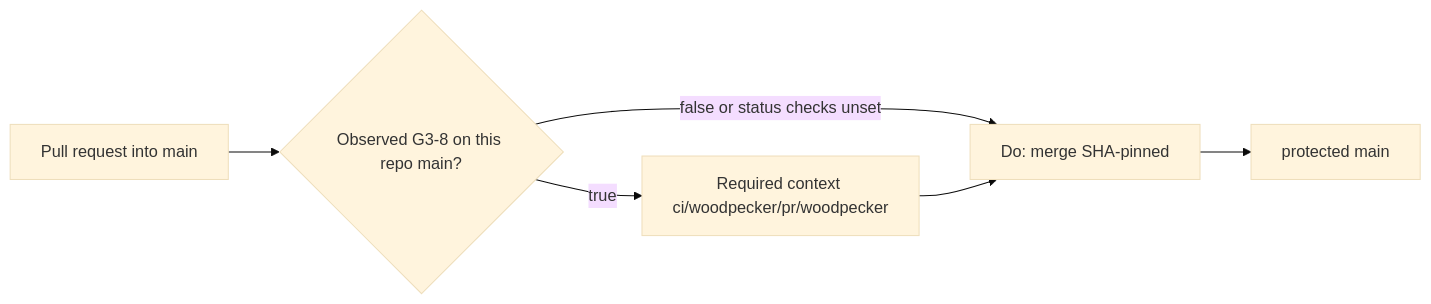
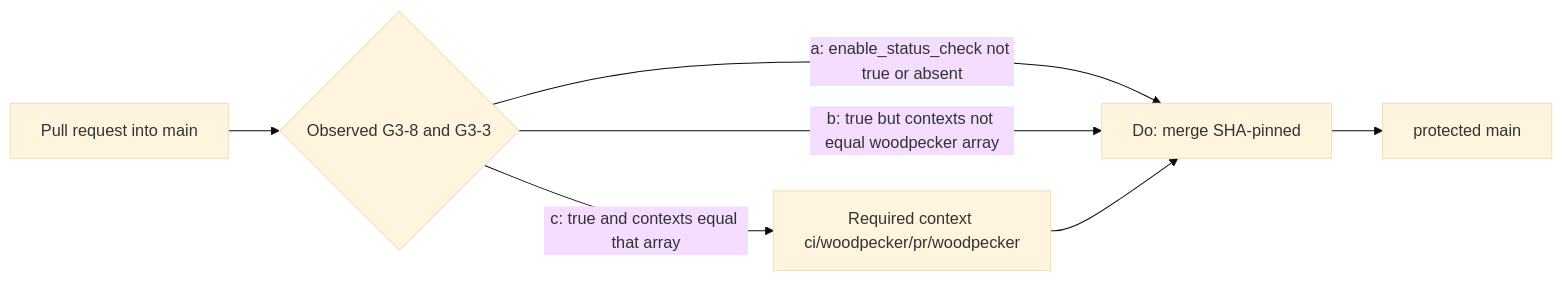
The second of 2 diagrams in docs/architecture.md (PlasticDigits/gitlab-cursor-webhook), drawn with Mermaid (base theme) before and after one commit. The commit also changed other lines of this file and 1 other file, not shown here.

````diff
--- a/docs/architecture.md
+++ b/docs/architecture.md
@@ -158,8 +209,9 @@
 ```mermaid
 flowchart LR
-  PR[Pull request into main] --> G38{Observed G3-8 on this repo main?}
-  G38 -->|true| WP[Required context ci/woodpecker/pr/woodpecker]
-  G38 -->|false or status checks unset| MERGE[Do: merge SHA-pinned]
+  PR[Pull request into main] --> AND{Observed G3-8 and G3-3}
+  AND -->|a: enable_status_check not true or absent| MERGE[Do: merge SHA-pinned]
+  AND -->|b: true but contexts not equal woodpecker array| MERGE
+  AND -->|c: true and contexts equal that array| WP[Required context ci/woodpecker/pr/woodpecker]
   WP --> MERGE
   MERGE --> MAIN[protected main]
 ```
````
